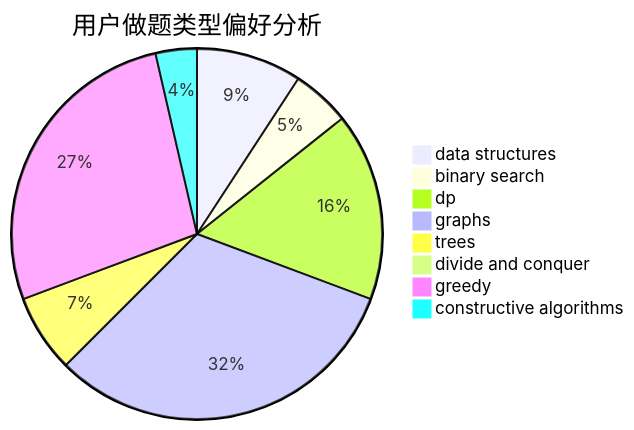
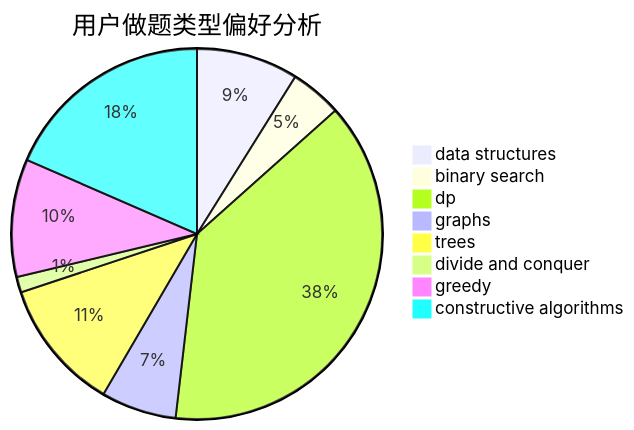
Before and after one commit to sherpahu/cfrs.github.io: the second of 3 diagrams in docs/user/u1055.md, drawn with Mermaid. The commit also changed other lines of this file and 2770 other files, not shown here.

````diff
--- a/docs/user/u1055.md
+++ b/docs/user/u1055.md
@@ -23,11 +23,11 @@
 ```mermaid
 pie title 用户做题类型偏好分析
-    "data structures" :  92
-    "binary search" :  51
-    "dp" :  164
-    "graphs" :  318
-    "trees" :  68
-    "divide and conquer" :  0
-    "greedy" :  271
-    "constructive algorithms" :  36
+    "data structures" :  65
+    "binary search" :  33
+    "dp" :  281
+    "graphs" :  48
+    "trees" :  84
+    "divide and conquer" :  10
+    "greedy" :  75
+    "constructive algorithms" :  135
 ```
````
